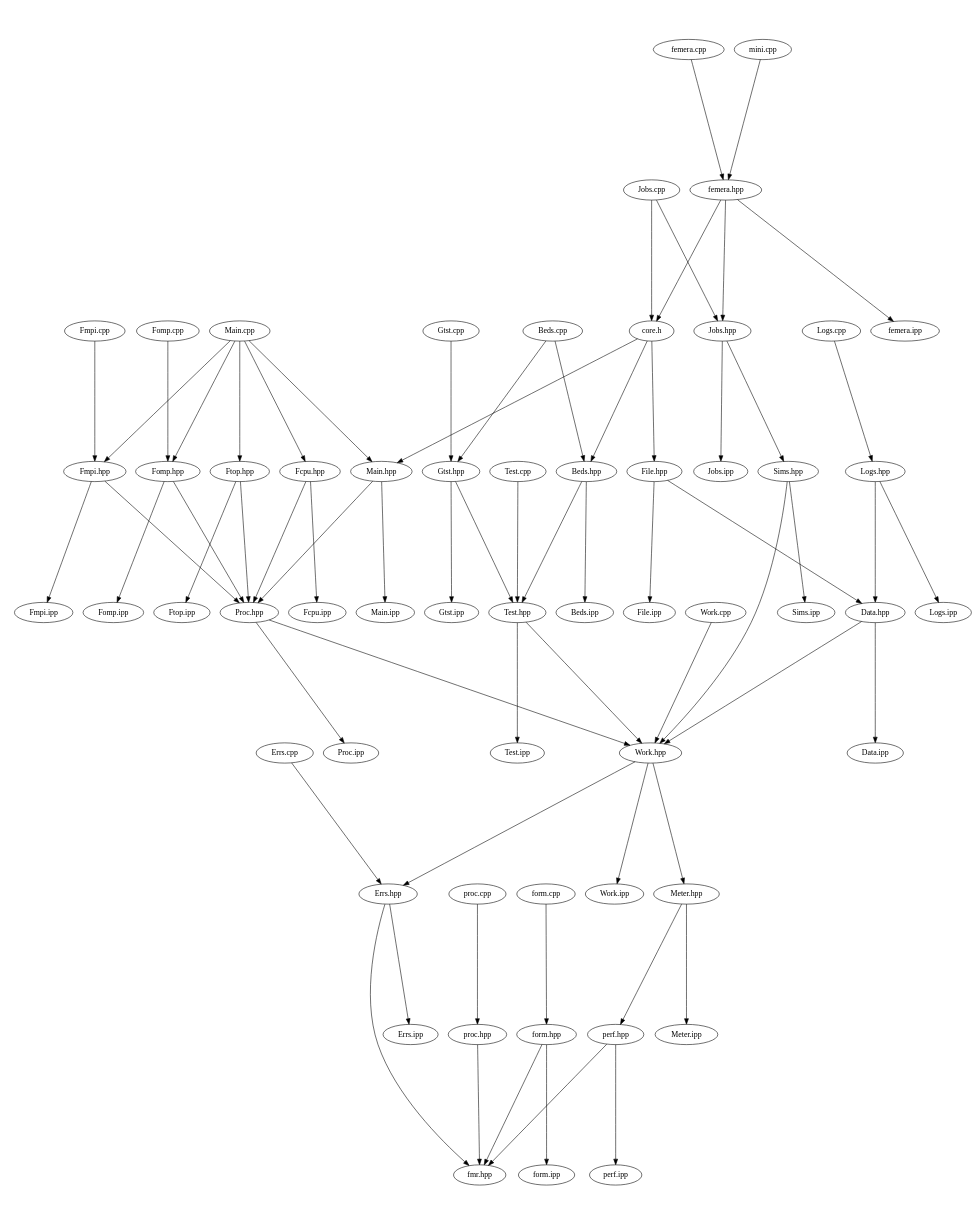
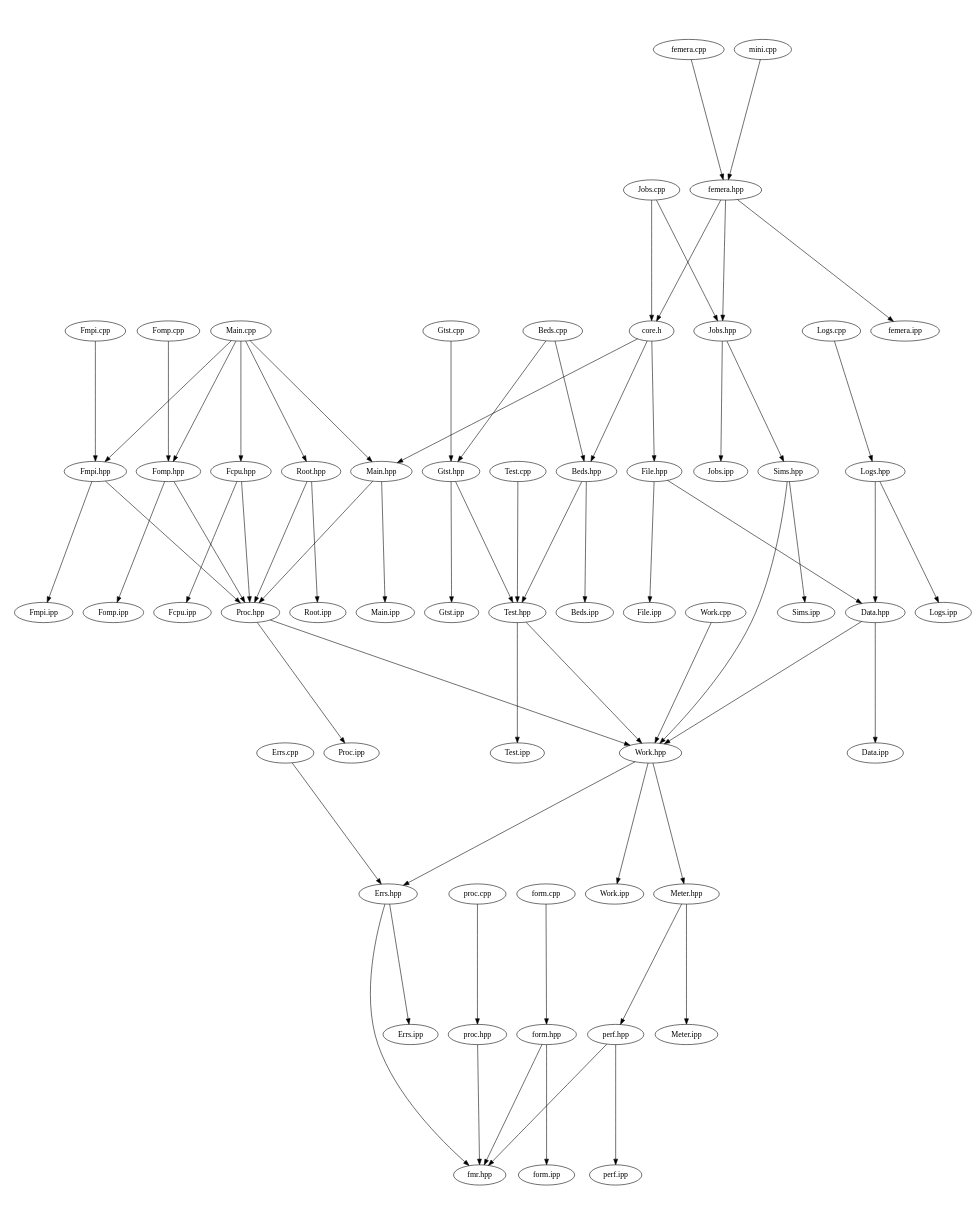
The diagram in src/docs/src-notest.dot (waggyz/femera-mini-app), drawn with Graphviz before and after one commit. The commit also changed 15 other files, not shown here.

```diff
--- a/src/docs/src-notest.dot
+++ b/src/docs/src-notest.dot
@@ -1,74 +1,74 @@
 digraph "source tree" {
     overlap=scale;
     size="8,10";
     ratio="fill";
     fontsize="16";
     fontname="Helvetica";
 	clusterrank="local";
 	"femera.hpp" -> "Jobs.hpp"
 	"Meter.hpp" -> "perf.hpp"
 	"Main.cpp" -> "Fomp.hpp"
 	"Sims.hpp" -> "Work.hpp"
 	"Errs.cpp" -> "Errs.hpp"
 	"femera.cpp" -> "femera.hpp"
 	"Work.hpp" -> "Errs.hpp"
 	"Fmpi.hpp" -> "Fmpi.ipp"
 	"Sims.hpp" -> "Sims.ipp"
 	"Jobs.hpp" -> "Jobs.ipp"
 	"Fomp.cpp" -> "Fomp.hpp"
 	"Logs.cpp" -> "Logs.hpp"
 	"proc.hpp" -> "fmr.hpp"
+	"Root.hpp" -> "Proc.hpp"
 	"Main.cpp" -> "Main.hpp"
 	"Proc.hpp" -> "Proc.ipp"
 	"Beds.cpp" -> "Gtst.hpp"
 	"Main.cpp" -> "Fmpi.hpp"
 	"core.h" -> "Main.hpp"
 	"Main.cpp" -> "Fcpu.hpp"
-	"Ftop.hpp" -> "Ftop.ipp"
 	"perf.hpp" -> "fmr.hpp"
 	"Data.hpp" -> "Data.ipp"
 	"Work.hpp" -> "Work.ipp"
-	"Main.cpp" -> "Ftop.hpp"
 	"Fmpi.hpp" -> "Proc.hpp"
 	"Test.hpp" -> "Work.hpp"
 	"form.hpp" -> "form.ipp"
 	"Gtst.cpp" -> "Gtst.hpp"
 	"femera.hpp" -> "femera.ipp"
 	"Fcpu.hpp" -> "Proc.hpp"
 	"Fomp.hpp" -> "Proc.hpp"
 	"File.hpp" -> "File.ipp"
 	"Meter.hpp" -> "Meter.ipp"
 	"core.h" -> "File.hpp"
 	"Fomp.hpp" -> "Fomp.ipp"
 	"Logs.hpp" -> "Data.hpp"
 	"Gtst.hpp" -> "Gtst.ipp"
 	"form.cpp" -> "form.hpp"
 	"perf.hpp" -> "perf.ipp"
 	"proc.cpp" -> "proc.hpp"
 	"Fmpi.cpp" -> "Fmpi.hpp"
 	"core.h" -> "Beds.hpp"
 	"Errs.hpp" -> "fmr.hpp"
 	"Fcpu.hpp" -> "Fcpu.ipp"
 	"Work.cpp" -> "Work.hpp"
 	"Errs.hpp" -> "Errs.ipp"
+	"Root.hpp" -> "Root.ipp"
 	"Main.hpp" -> "Main.ipp"
 	"Test.cpp" -> "Test.hpp"
 	"Beds.cpp" -> "Beds.hpp"
+	"Main.cpp" -> "Root.hpp"
 	"Jobs.hpp" -> "Sims.hpp"
 	"Jobs.cpp" -> "Jobs.hpp"
 	"Logs.hpp" -> "Logs.ipp"
-	"Ftop.hpp" -> "Proc.hpp"
 	"File.hpp" -> "Data.hpp"
 	"mini.cpp" -> "femera.hpp"
 	"Beds.hpp" -> "Test.hpp"
 	"Proc.hpp" -> "Work.hpp"
 	"form.hpp" -> "fmr.hpp"
 	"Gtst.hpp" -> "Test.hpp"
 	"Data.hpp" -> "Work.hpp"
 	"Beds.hpp" -> "Beds.ipp"
 	"femera.hpp" -> "core.h"
 	"Jobs.cpp" -> "core.h"
 	"Work.hpp" -> "Meter.hpp"
 	"Main.hpp" -> "Proc.hpp"
 	"Test.hpp" -> "Test.ipp"
 }
```
